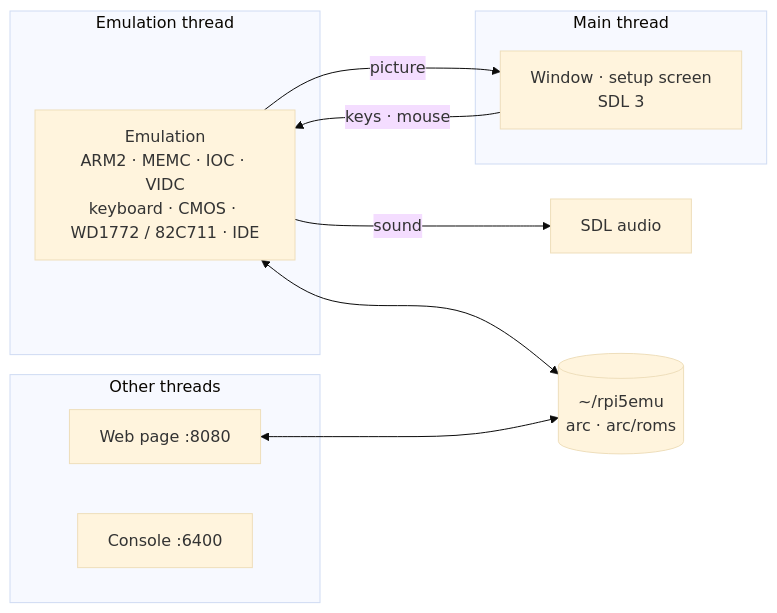
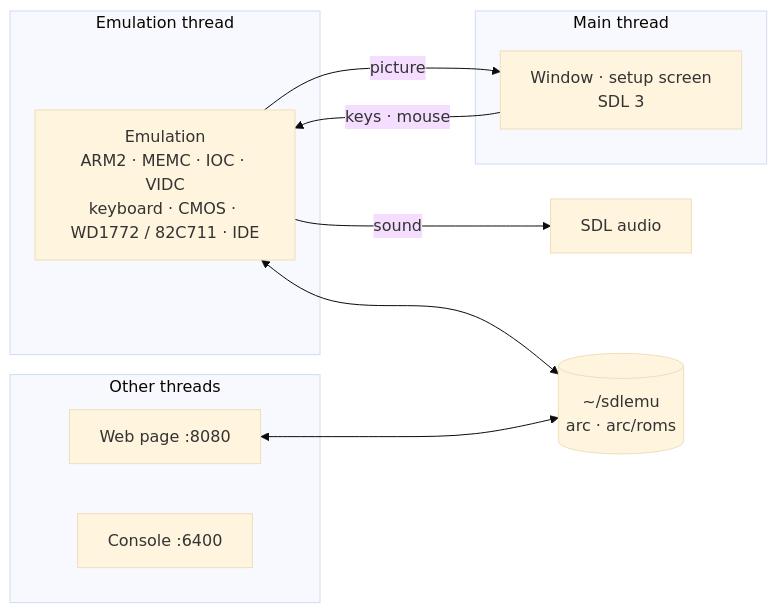
Before and after one commit to rlucencic/rpi5arc: the diagram in README.md, drawn with Mermaid (base theme). The commit also changed other lines of this file and 3 other files, not shown here.

````diff
--- a/README.md
+++ b/README.md
@@ -175,19 +172,19 @@
 ```mermaid
 flowchart LR
   subgraph emu [Emulation thread]
     EMU["Emulation<br>ARM2 · MEMC · IOC · VIDC<br>keyboard · CMOS · WD1772 / 82C711 · IDE"]
   end
   subgraph main [Main thread]
     WIN["Window · setup screen<br>SDL 3"]
   end
   subgraph others [Other threads]
     WEB[Web page :8080]
     CON[Console :6400]
   end
   EMU -- picture --> WIN
   EMU -- sound --> SND[SDL audio]
   WIN -- keys · mouse --> EMU
-  DATA[("~/rpi5emu<br>arc · arc/roms")]
+  DATA[("~/sdlemu<br>arc · arc/roms")]
   EMU <--> DATA
   WEB <--> DATA
 ```
````
